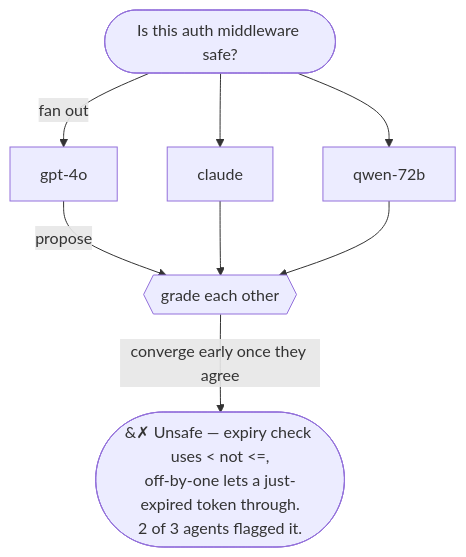
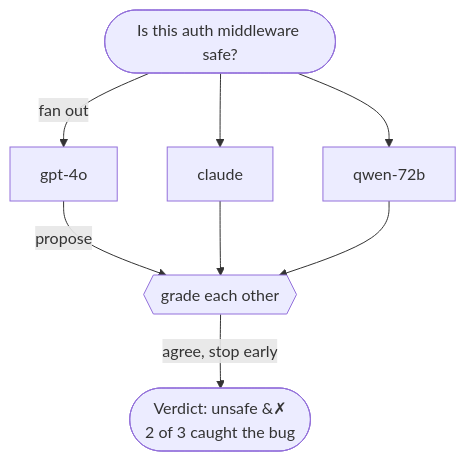
The diagram in README.md (peeramid-labs/quorum-rs), drawn with Mermaid before and after one commit.

Commit message:
docs(readme): simplify the verdict node in the deliberation diagram

````diff
--- a/README.md
+++ b/README.md
@@ -14,10 +14,10 @@
 ```mermaid
 flowchart TD
     Q(["Is this auth middleware safe?"]) -->|fan out| A[gpt-4o]
     Q --> B[claude]
     Q --> C[qwen-72b]
     A -->|propose| X{{grade each other}}
     B --> X
     C --> X
-    X -->|converge early once they agree| V(["&#10007; Unsafe — expiry check uses &lt; not &lt;=,<br/>off-by-one lets a just-expired token through.<br/>2 of 3 agents flagged it."])
+    X -->|agree, stop early| V(["Verdict: unsafe &#10007;<br/>2 of 3 caught the bug"])
 ```
````
